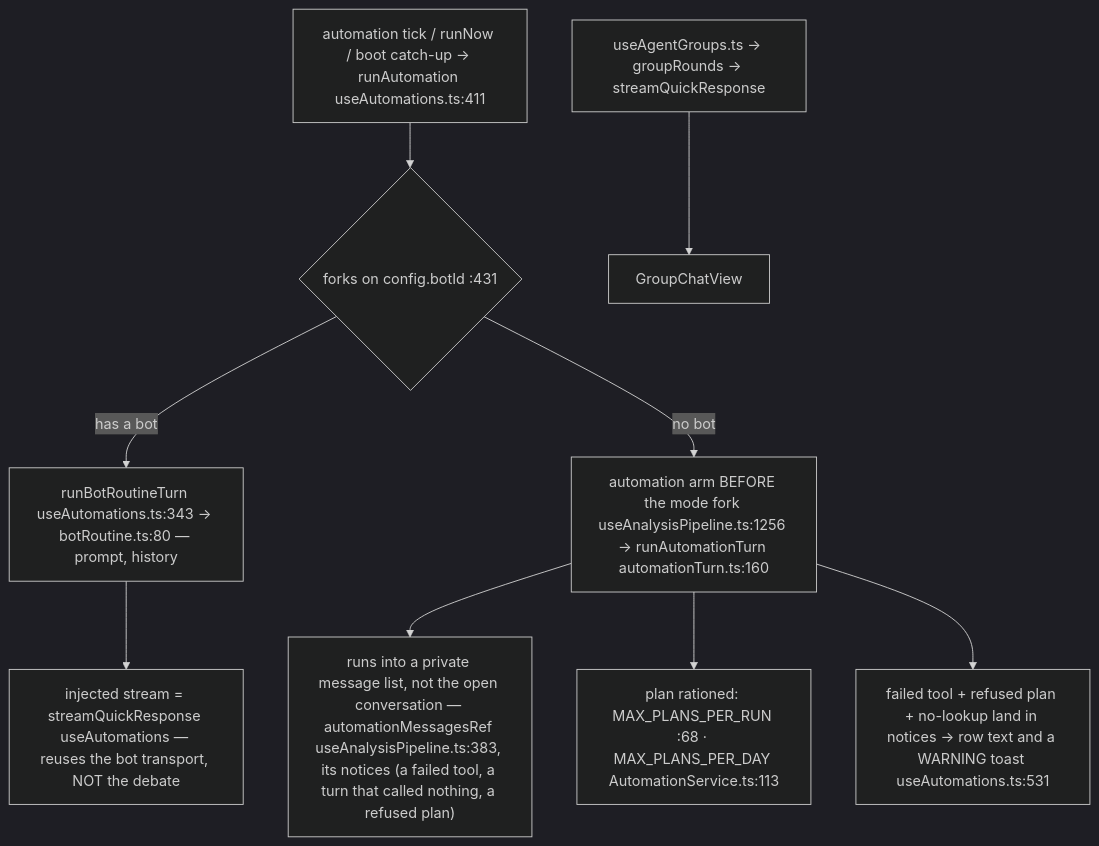
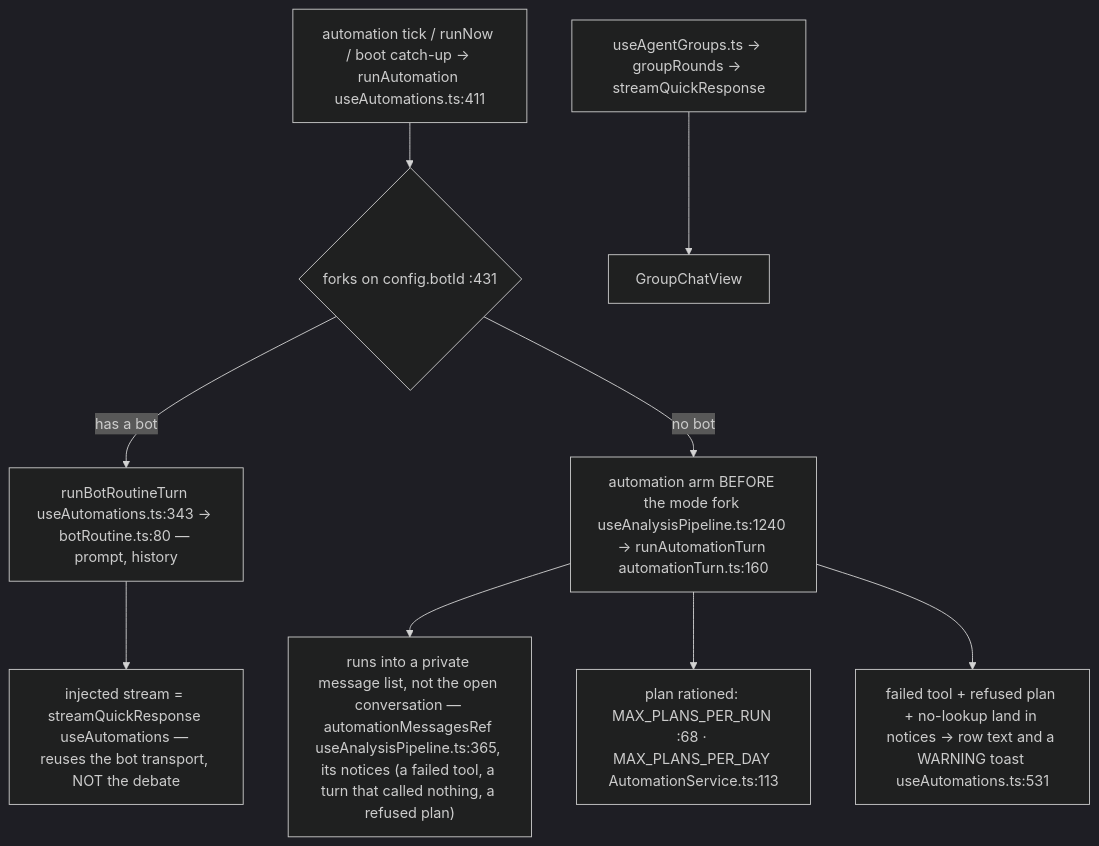
One commit to Acepay25/august-3.5 changed the fifth of 7 diagrams in docs/app-flow.md. Above: the diagram before and after it, drawn with Mermaid (dark theme). The commit also changed other lines of this file and 1 other file, not shown here.

First line of the commit message:
docs(app-flow): re-measure every anchor against the tree the engine deletion left

````diff
--- a/docs/app-flow.md
+++ b/docs/app-flow.md
@@ -253,11 +253,11 @@
 ```mermaid
 flowchart TD
     TK["automation tick / runNow / boot catch-up → runAutomation useAutomations.ts:411"] --> D{"forks on config.botId :431"}
     D -->|has a bot| BR["runBotRoutineTurn useAutomations.ts:343 → botRoutine.ts:80 — prompt, history"]
     BR --> ST["injected stream = streamQuickResponse useAutomations — reuses the bot transport, NOT the debate"]
-    D -->|no bot| AT["automation arm BEFORE the mode fork useAnalysisPipeline.ts:1256 → runAutomationTurn automationTurn.ts:160"]
-    AT --> PRIV["runs into a private message list, not the open conversation — automationMessagesRef useAnalysisPipeline.ts:383, its notices (a failed tool, a turn that called nothing, a refused plan)"]
+    D -->|no bot| AT["automation arm BEFORE the mode fork useAnalysisPipeline.ts:1240 → runAutomationTurn automationTurn.ts:160"]
+    AT --> PRIV["runs into a private message list, not the open conversation — automationMessagesRef useAnalysisPipeline.ts:365, its notices (a failed tool, a turn that called nothing, a refused plan)"]
     AT --> CAP["plan rationed: MAX_PLANS_PER_RUN :68 · MAX_PLANS_PER_DAY AutomationService.ts:113"]
     AT --> FAIL["failed tool + refused plan + no-lookup land in notices → row text and a WARNING toast useAutomations.ts:531"]
     GR["useAgentGroups.ts → groupRounds → streamQuickResponse"] --> GV["GroupChatView"]
 ```
````
